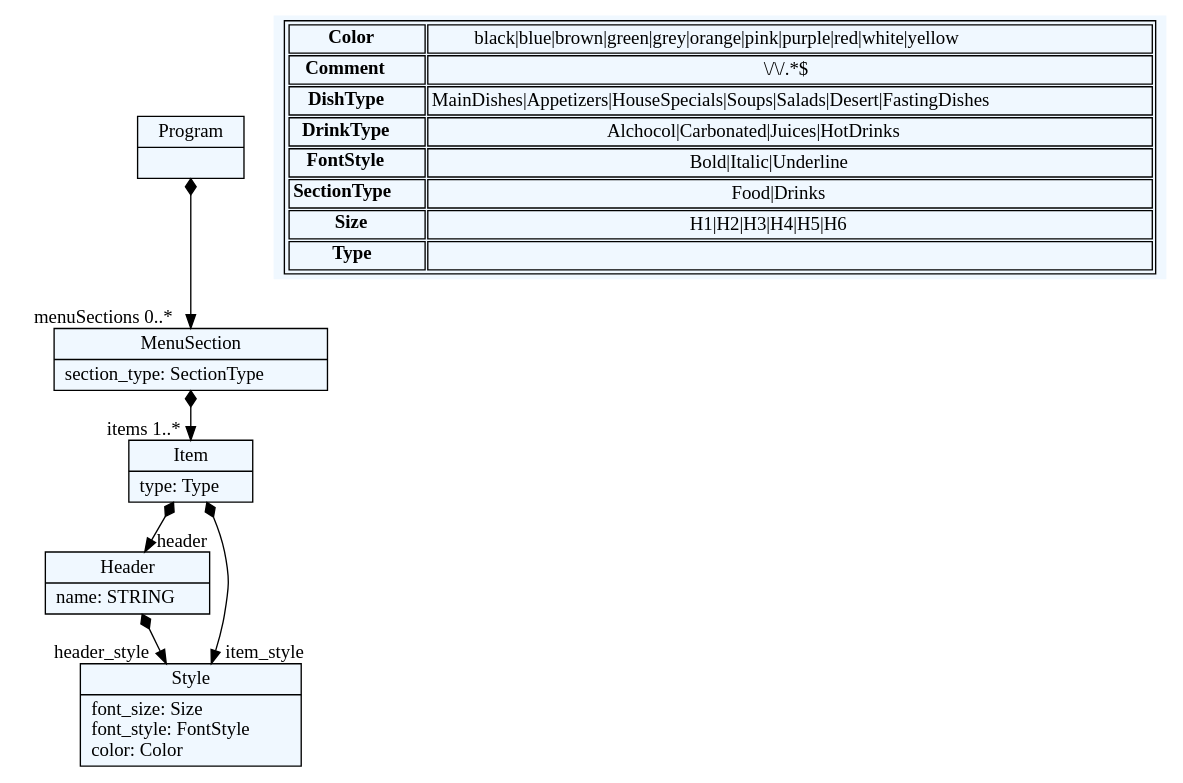
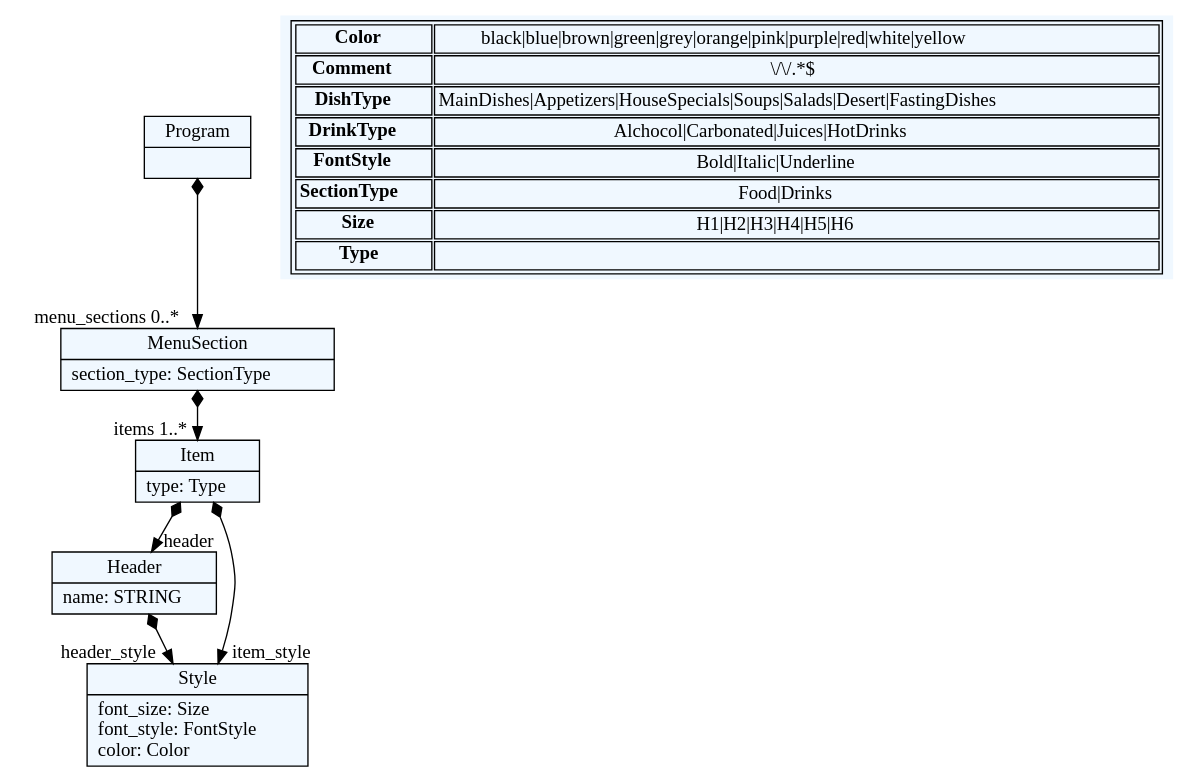
The diagram in menuDSL/menu/menu.dot (marijamilanovic/DSL), drawn with Graphviz before and after one commit. The commit also changed 7 other files, not shown here.

```diff
--- a/menuDSL/menu/menu.dot
+++ b/menuDSL/menu/menu.dot
@@ -1,59 +1,59 @@
 
     digraph textX {
     fontname = "Bitstream Vera Sans"
     fontsize = 8
     node[
         shape=record,
         style=filled,
         fillcolor=aliceblue
     ]
     nodesep = 0.3
     edge[dir=black,arrowtail=empty]
 
 
-2240634552992[ label="{Program|}"]
+1757461486464[ label="{Program|}"]
 
-2240634553936[ label="{MenuSection|section_type: SectionType\l}"]
+1757461461920[ label="{MenuSection|section_type: SectionType\l}"]
 
-2240634571872[ label="{Item|type: Type\l}"]
+1757461498736[ label="{Item|type: Type\l}"]
 
-2240634554880[ label="{Header|name: STRING\l}"]
+1757461501568[ label="{Header|name: STRING\l}"]
 
-2240634579424[ label="{Style|font_size: Size\lfont_style: FontStyle\lcolor: Color\l}"]
+1757461514784[ label="{Style|font_size: Size\lfont_style: FontStyle\lcolor: Color\l}"]
 
 
 
-2240634552992 -> 2240634553936[arrowtail=diamond, dir=both, headlabel="menuSections 0..*"]
-2240634553936 -> 2240634571872[arrowtail=diamond, dir=both, headlabel="items 1..*"]
-2240634571872 -> 2240634554880[arrowtail=diamond, dir=both, headlabel="header "]
-2240634571872 -> 2240634579424[arrowtail=diamond, dir=both, headlabel="item_style "]
-2240634554880 -> 2240634579424[arrowtail=diamond, dir=both, headlabel="header_style "]
+1757461486464 -> 1757461461920[arrowtail=diamond, dir=both, headlabel="menu_sections 0..*"]
+1757461461920 -> 1757461498736[arrowtail=diamond, dir=both, headlabel="items 1..*"]
+1757461498736 -> 1757461501568[arrowtail=diamond, dir=both, headlabel="header "]
+1757461498736 -> 1757461514784[arrowtail=diamond, dir=both, headlabel="item_style "]
+1757461501568 -> 1757461514784[arrowtail=diamond, dir=both, headlabel="header_style "]
 match_rules [ shape=plaintext, label=< <table>
 	<tr>
 		<td><b>Color</b></td><td>black|blue|brown|green|grey|orange|pink|purple|red|white|yellow</td>
 	</tr>
 	<tr>
 		<td><b>Comment</b></td><td>\/\/.*$</td>
 	</tr>
 	<tr>
 		<td><b>DishType</b></td><td>MainDishes|Appetizers|HouseSpecials|Soups|Salads|Desert|FastingDishes</td>
 	</tr>
 	<tr>
 		<td><b>DrinkType</b></td><td>Alchocol|Carbonated|Juices|HotDrinks</td>
 	</tr>
 	<tr>
 		<td><b>FontStyle</b></td><td>Bold|Italic|Underline</td>
 	</tr>
 	<tr>
 		<td><b>SectionType</b></td><td>Food|Drinks</td>
 	</tr>
 	<tr>
 		<td><b>Size</b></td><td>H1|H2|H3|H4|H5|H6</td>
 	</tr>
 	<tr>
 		<td><b>Type</b></td><td></td>
 	</tr>
 </table> >]
 
 
 }
```
